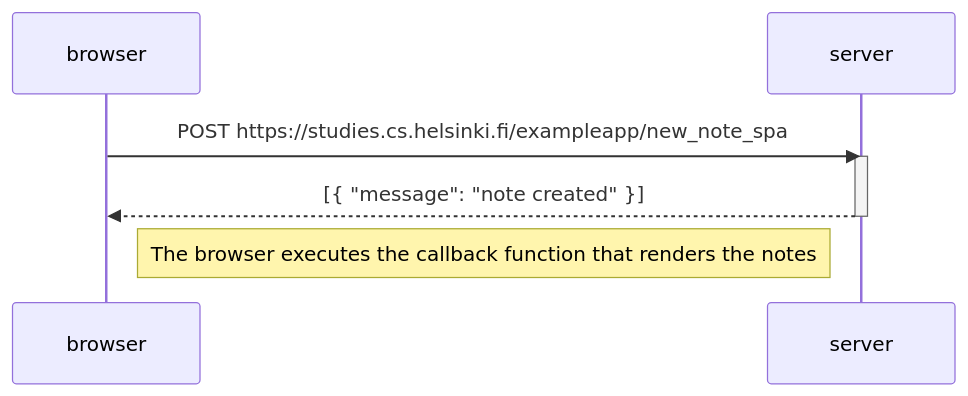
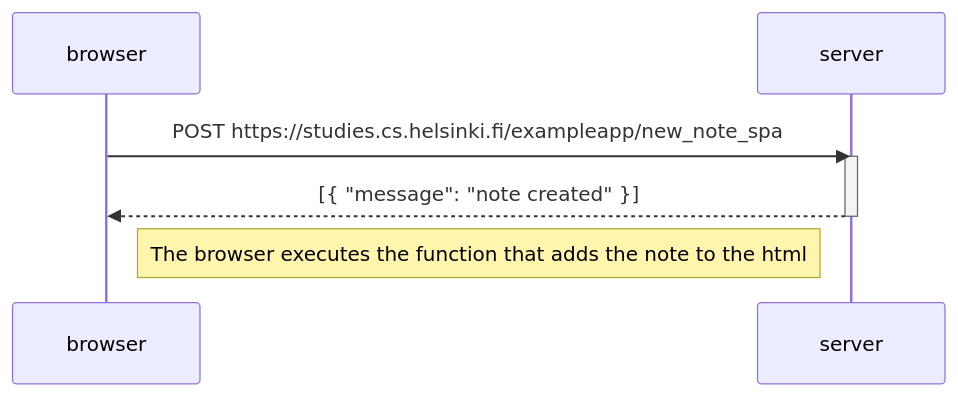
The diagram in part0/newNoteInSinglePageAppDiagram.mermaid (MarvinBotchway/my-fullstackopen), drawn with Mermaid before and after one commit.

Commit message:
Update Comment In newNoteInSinglePageAppDiagram

```diff
--- a/part0/newNoteInSinglePageAppDiagram.mermaid
+++ b/part0/newNoteInSinglePageAppDiagram.mermaid
@@ -1,10 +1,10 @@
 sequenceDiagram
     participant browser
     participant server
 
     browser->>server: POST https://studies.cs.helsinki.fi/exampleapp/new_note_spa
     activate server
     server-->>browser: [{ "message": "note created" }]
     deactivate server
 
-    Note right of browser: The browser executes the callback function that renders the notes
+    Note right of browser: The browser executes the function that adds the note to the html
```
